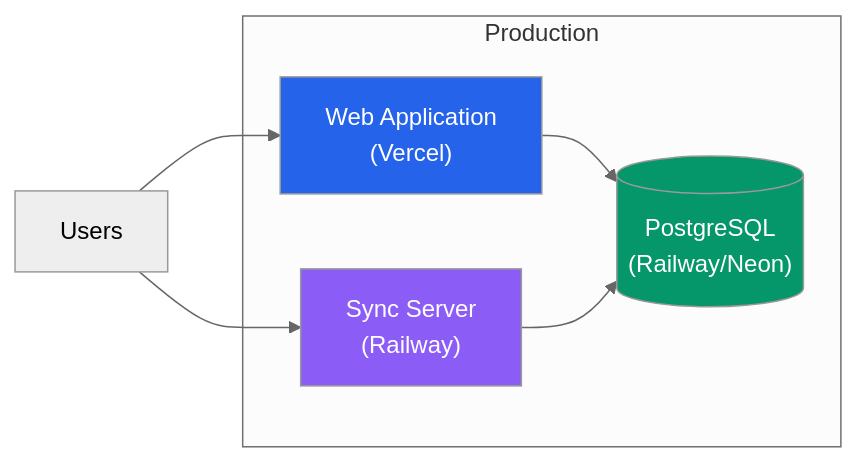
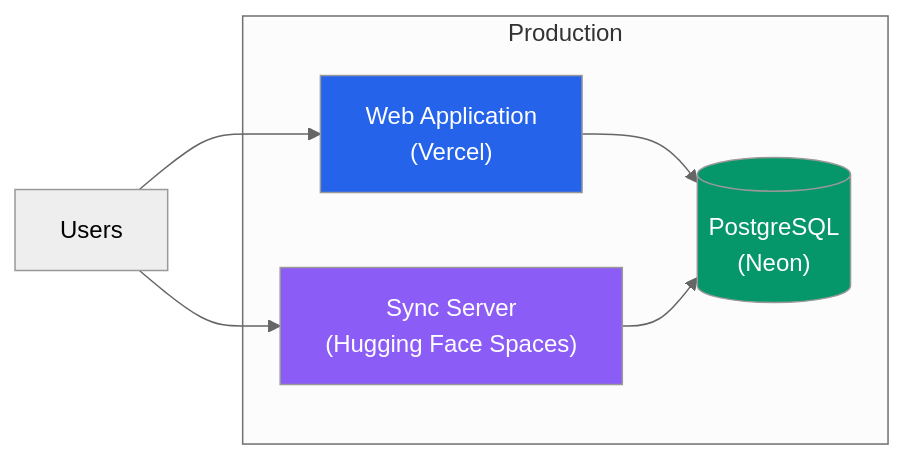
The diagram in docs/DEPLOYMENT.md (AuraEG/markwrite), drawn with Mermaid before and after one commit. The commit also changed other lines of this file and 10 other files, not shown here.

````diff
--- a/docs/DEPLOYMENT.md
+++ b/docs/DEPLOYMENT.md
@@ -28,18 +28,18 @@
 ```mermaid
 %%{init: {'theme': 'neutral'}}%%
 flowchart LR
     subgraph Production
         Web["Web Application<br/>(Vercel)"]
-        Sync["Sync Server<br/>(Railway)"]
-        DB[("PostgreSQL<br/>(Railway/Neon)")]
+        Sync["Sync Server<br/>(Hugging Face Spaces)"]
+        DB[("PostgreSQL<br/>(Neon)")]
     end
 
     Users["Users"] --> Web
     Users --> Sync
     Web --> DB
     Sync --> DB
 
     style Web fill:#2563eb,color:#fff
     style Sync fill:#8b5cf6,color:#fff
     style DB fill:#059669,color:#fff
 ```
````
